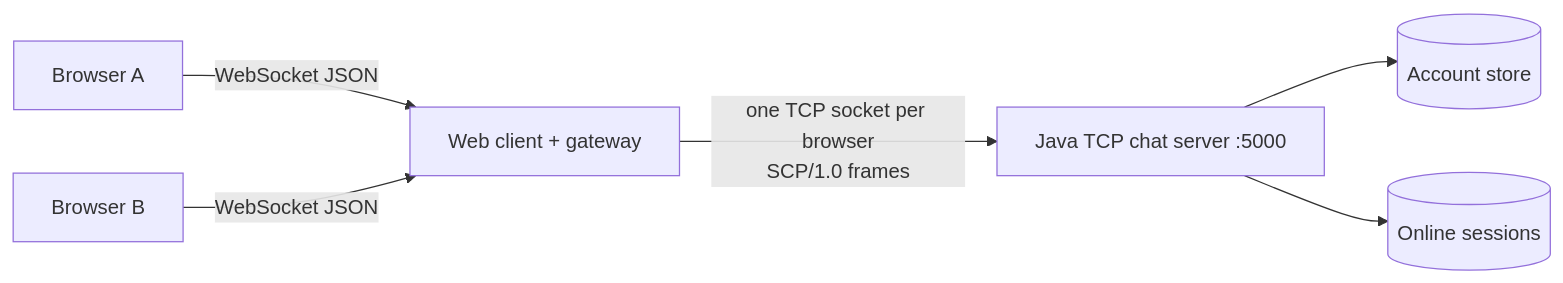
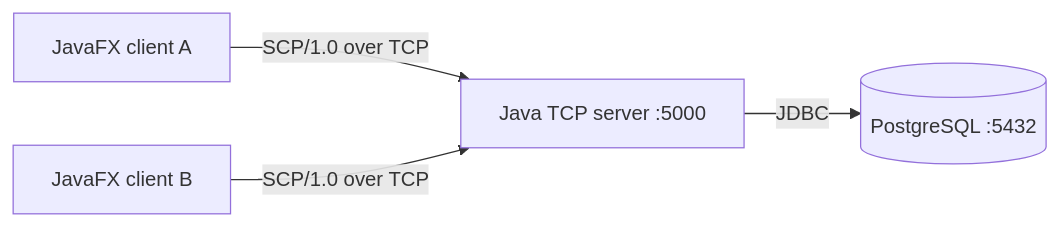
The first of 5 diagrams in docs/architecture.md (HuangMingo/BTL-LTM), drawn with Mermaid before and after one commit. The commit also changed other lines of this file and 31 other files, not shown here.

````diff
--- a/docs/architecture.md
+++ b/docs/architecture.md
@@ -7,8 +5,6 @@
 ```mermaid
 graph LR
-    B1["Browser A"] -->|WebSocket JSON| G["Web client + gateway"]
-    B2["Browser B"] -->|WebSocket JSON| G
-    G -->|"one TCP socket per browser<br/>SCP/1.0 frames"| S["Java TCP chat server :5000"]
-    S --> AR[("Account store")]
-    S --> SM[("Online sessions")]
+    C1[JavaFX client A] -->|SCP/1.0 over TCP| S[Java TCP server :5000]
+    C2[JavaFX client B] -->|SCP/1.0 over TCP| S
+    S -->|JDBC| P[(PostgreSQL :5432)]
 ```
````
